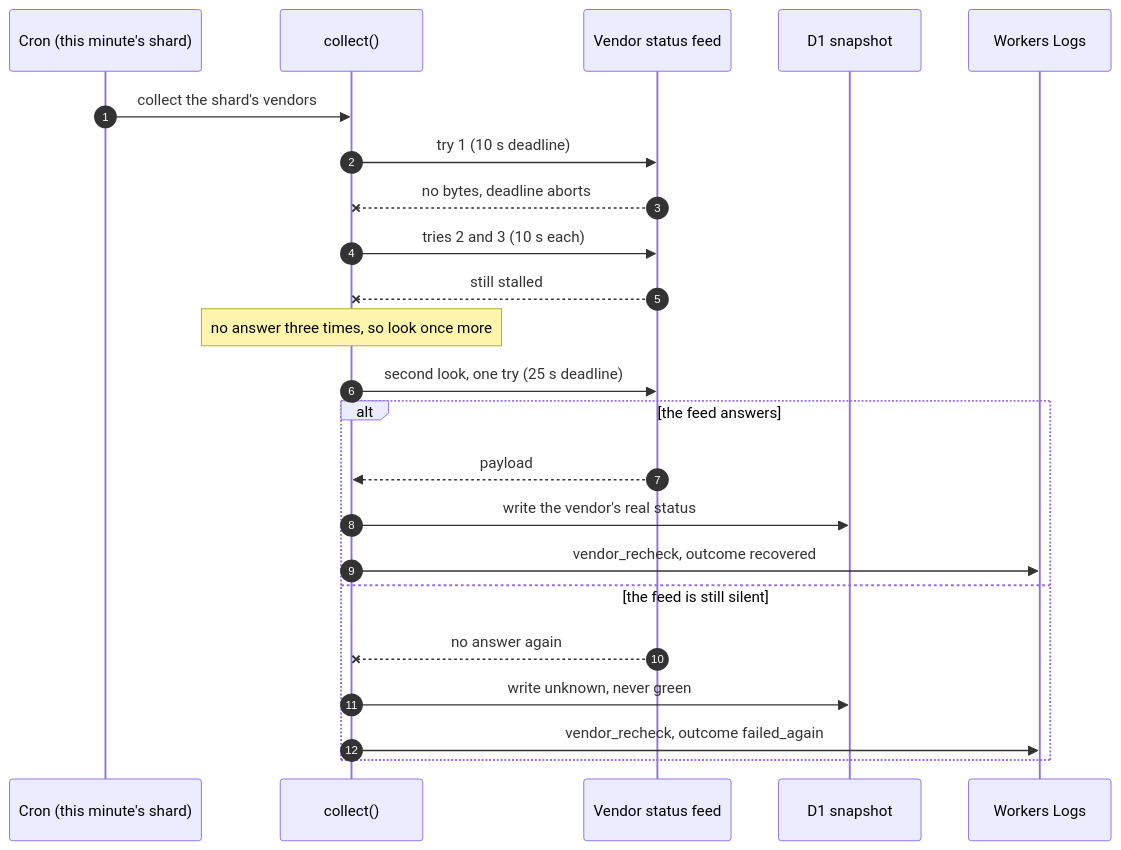
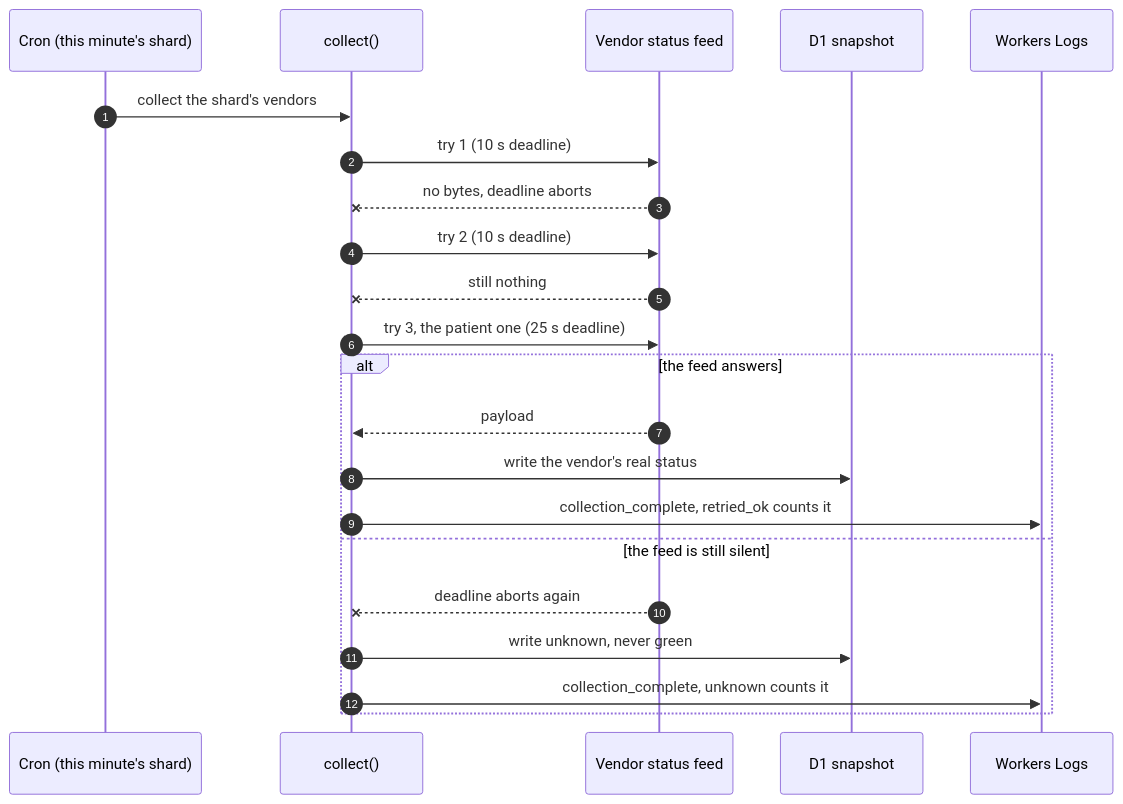
The second of 3 diagrams in README.md (bjgreenberg/vendor-dashboard), drawn with Mermaid before and after one commit. The commit also changed other lines of this file and 7 other files, not shown here.

````diff
--- a/README.md
+++ b/README.md
@@ -122,26 +120,25 @@
 ```mermaid
 sequenceDiagram
     autonumber
     participant C as Cron (this minute's shard)
     participant E as collect()
     participant V as Vendor status feed
     participant D as D1 snapshot
     participant L as Workers Logs
 
     C->>E: collect the shard's vendors
     E->>V: try 1 (10 s deadline)
     V--xE: no bytes, deadline aborts
-    E->>V: tries 2 and 3 (10 s each)
-    V--xE: still stalled
-    Note over E: no answer three times, so look once more
-    E->>V: second look, one try (25 s deadline)
+    E->>V: try 2 (10 s deadline)
+    V--xE: still nothing
+    E->>V: try 3, the patient one (25 s deadline)
     alt the feed answers
         V-->>E: payload
         E->>D: write the vendor's real status
-        E->>L: vendor_recheck, outcome recovered
+        E->>L: collection_complete, retried_ok counts it
     else the feed is still silent
-        V--xE: no answer again
+        V--xE: deadline aborts again
         E->>D: write unknown, never green
-        E->>L: vendor_recheck, outcome failed_again
+        E->>L: collection_complete, unknown counts it
     end
 ```
````
